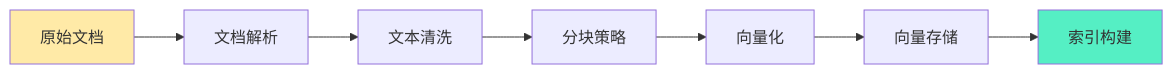
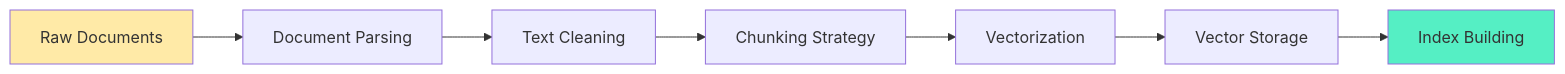
The ninth of 15 diagrams in docs/ai/rag/01-introduction.mdx (YiWang24/AiDIY), drawn with Mermaid before and after one commit. The commit also changed other lines of this file and 10 other files, not shown here.

First line of the commit message:
docs: enhance RAG documentation and fix Mermaid diagrams

````diff
--- a/docs/ai/rag/01-introduction.mdx
+++ b/docs/ai/rag/01-introduction.mdx
@@ -698,12 +698,12 @@
 ```mermaid
 flowchart LR
-    A["原始文档"] --> B["文档解析"]
-    B --> C["文本清洗"]
-    C --> D["分块策略"]
-    D --> E["向量化"]
-    E --> F["向量存储"]
-    F --> G["索引构建"]
+    A["Raw Documents"] --> B["Document Parsing"]
+    B --> C["Text Cleaning"]
+    C --> D["Chunking Strategy"]
+    D --> E["Vectorization"]
+    E --> F["Vector Storage"]
+    F --> G["Index Building"]
 
     style A fill:#ffeaa7
     style G fill:#55efc4
 ```
````
